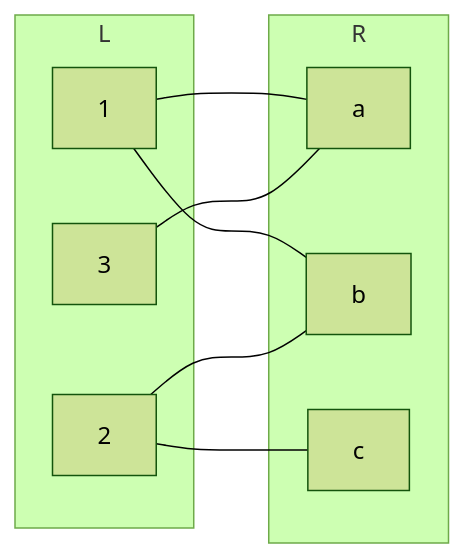
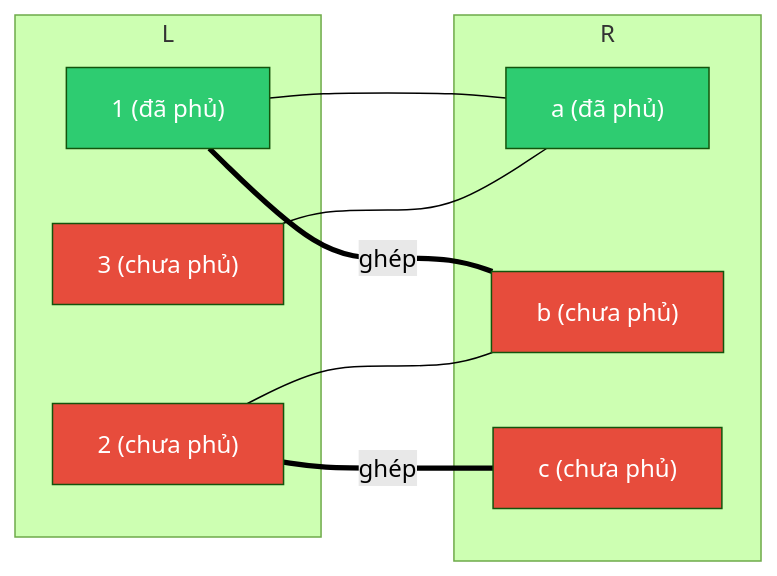
The fourth of 5 diagrams in docs/lessons/bipartite-matching.md (FPTOJ-OJ/fptoj_wiki), drawn with Mermaid (forest theme) before and after one commit. The commit also changed other lines of this file and 183 other files, not shown here.

````diff
--- a/docs/lessons/bipartite-matching.md
+++ b/docs/lessons/bipartite-matching.md
@@ -562,18 +562,24 @@
 ```mermaid
 graph LR
     subgraph "L"
-        A["1"]
-        B["2"]
-        C["3"]
+        A["1 (đã phủ)"]
+        B["2 (chưa phủ)"]
+        C["3 (chưa phủ)"]
     end
     subgraph "R"
-        D["a"]
-        E["b"]
-        F["c"]
+        D["a (đã phủ)"]
+        E["b (chưa phủ)"]
+        F["c (chưa phủ)"]
     end
+    A ===|"ghép"| E
+    B ===|"ghép"| F
     A --- D
-    A --- E
     B --- E
-    B --- F
     C --- D
+    style A fill:#2ecc71,color:#fff
+    style D fill:#2ecc71,color:#fff
+    style B fill:#e74c3c,color:#fff
+    style C fill:#e74c3c,color:#fff
+    style E fill:#e74c3c,color:#fff
+    style F fill:#e74c3c,color:#fff
 ```
````
